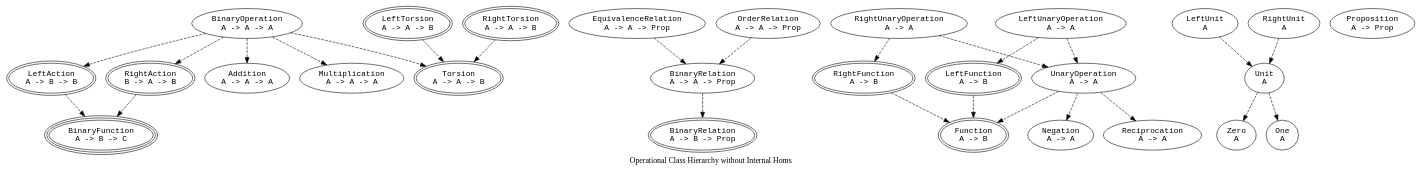
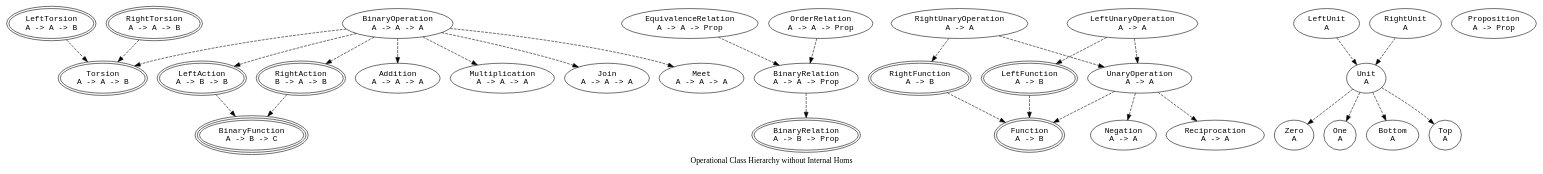
Before and after one commit to Tuplanolla/dez: the diagram in bird/has.dot, drawn with Graphviz. The commit also changed 12 other files, not shown here.

```diff
--- a/bird/has.dot
+++ b/bird/has.dot
@@ -1,81 +1,90 @@
 digraph Has {
   label = "Operational Class Hierarchy without Internal Homs"
 
   node [fontname = monospace]
 
   subgraph ThreeSort {
     label = "ThreeSorted"
 
     node [peripheries = 3]
 
     BinFn [label = "BinaryFunction\nA -> B -> C"]
   }
 
   subgraph TwoSort {
     label = "TwoSorted"
 
     node [peripheries = 2]
 
     TwoSorted_BinRel [label = "BinaryRelation\nA -> B -> Prop"]
     Fn [label = "Function\nA -> B"]
     LAct [label = "LeftAction\nA -> B -> B"]
     LFn [label = "LeftFunction\nA -> B"]
     LTor [label = "LeftTorsion\nA -> A -> B"]
     RAct [label = "RightAction\nB -> A -> B"]
     RFn [label = "RightFunction\nA -> B"]
     RTor [label = "RightTorsion\nA -> A -> B"]
     Tor [label = "Torsion\nA -> A -> B"]
   }
 
   subgraph OneSort {
     label = "OneSorted"
 
     BinOp [label = "BinaryOperation\nA -> A -> A"]
     OneSorted_BinRel [label = "BinaryRelation\nA -> A -> Prop"]
     EqRel [label = "EquivalenceRelation\nA -> A -> Prop"]
     LUn [label = "LeftUnit\nA"]
     LUnOp [label = "LeftUnaryOperation\nA -> A"]
     OrdRel [label = "OrderRelation\nA -> A -> Prop"]
     Prop [label = "Proposition\nA -> Prop"]
     RUn [label = "RightUnit\nA"]
     RUnOp [label = "RightUnaryOperation\nA -> A"]
     Un [label = "Unit\nA"]
     UnOp [label = "UnaryOperation\nA -> A"]
 
     Add [label = "Addition\nA -> A -> A"]
     Zero [label = "Zero\nA"]
     Neg [label = "Negation\nA -> A"]
     Mul [label = "Multiplication\nA -> A -> A"]
     One [label = "One\nA"]
     Recip [label = "Reciprocation\nA -> A"]
+
+    Join [label = "Join\nA -> A -> A"]
+    Bot [label = "Bottom\nA"]
+    Meet [label = "Meet\nA -> A -> A"]
+    Top [label = "Top\nA"]
   }
 
   edge [style = dashed]
 
   OneSorted_BinRel -> TwoSorted_BinRel
   BinOp -> Tor
   BinOp -> LAct
   BinOp -> RAct
   EqRel -> OneSorted_BinRel
   LAct -> BinFn
   LFn -> Fn
   LUn -> Un
   LUnOp -> LFn
   LUnOp -> UnOp
   OrdRel -> OneSorted_BinRel
   RAct -> BinFn
   RFn -> Fn
   RUn -> Un
   RUnOp -> RFn
   RUnOp -> UnOp
   LTor -> Tor
   RTor -> Tor
   UnOp -> Fn
 
   BinOp -> Add
   BinOp -> Mul
+  BinOp -> Join
+  BinOp -> Meet
   Un -> Zero
   Un -> One
+  Un -> Bot
+  Un -> Top
   UnOp -> Neg
   UnOp -> Recip
 }
```
